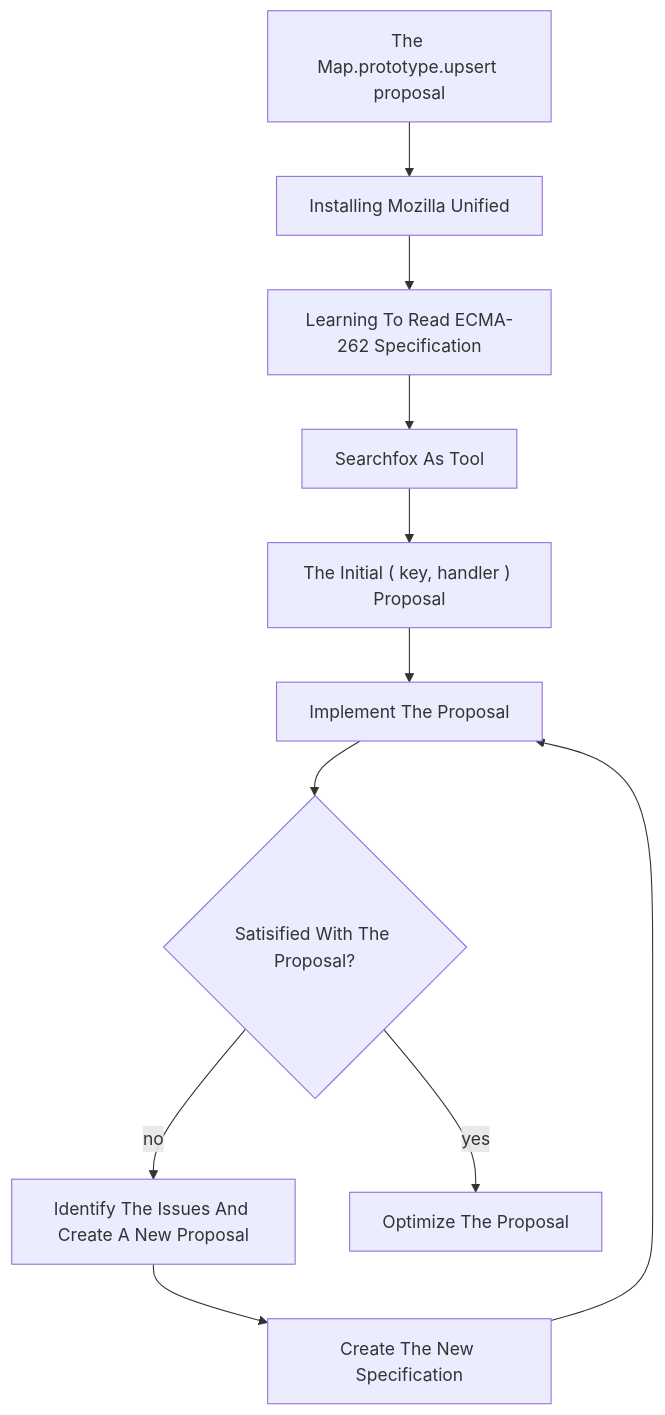
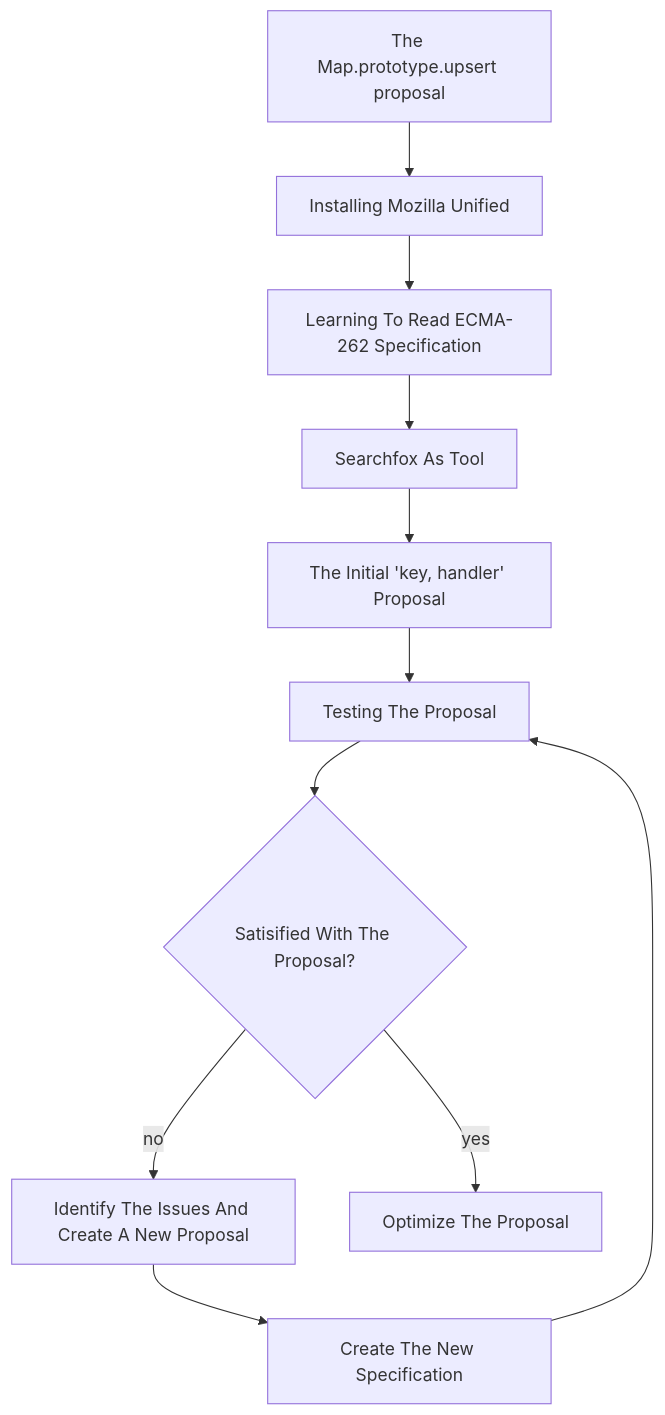
One commit to bldl/emplace-spidermonkey changed the diagram in README.md. Above: the diagram before and after it, drawn with Mermaid.

Commit message:
diagram, not clickable

````diff
--- a/README.md
+++ b/README.md
@@ -20,13 +20,14 @@
 ```mermaid
 flowchart TD
   A[The Map.prototype.upsert proposal] --> B[Installing Mozilla Unified];
   B --> C[Learning To Read ECMA-262 Specification];
   C --> D[Searchfox As Tool];
-  D --> E[The Initial &#40 key, handler &#41 Proposal];
+  D --> E[The Initial 'key, handler' Proposal];
   E --> F[Implement The Proposal];
   F --> G{Satisified With The Proposal?};
   G --> |no| H[Identify The Issues And Create A New Proposal];
   G --> |yes| I[Optimize The Proposal];
   H --> J[Create The New Specification];
-  J --> F;
+  J --> F[Testing The Proposal];
+  F;
 ```
````
